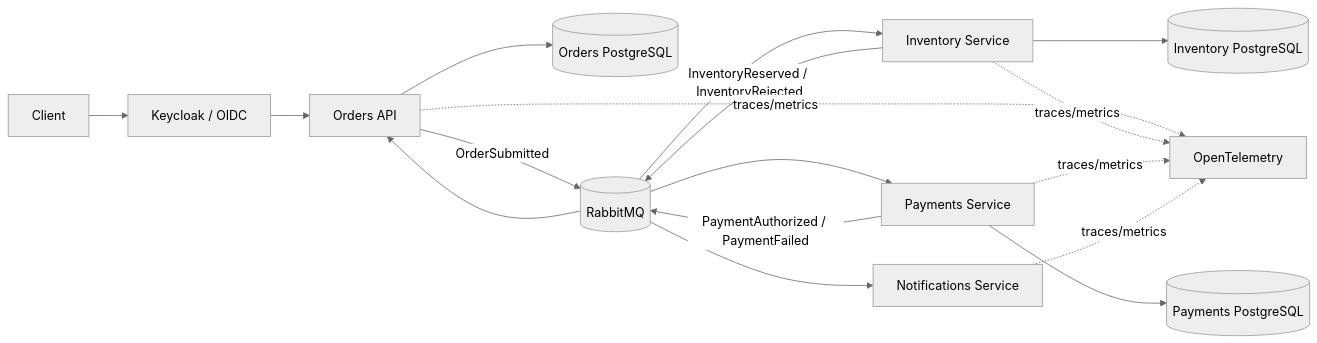
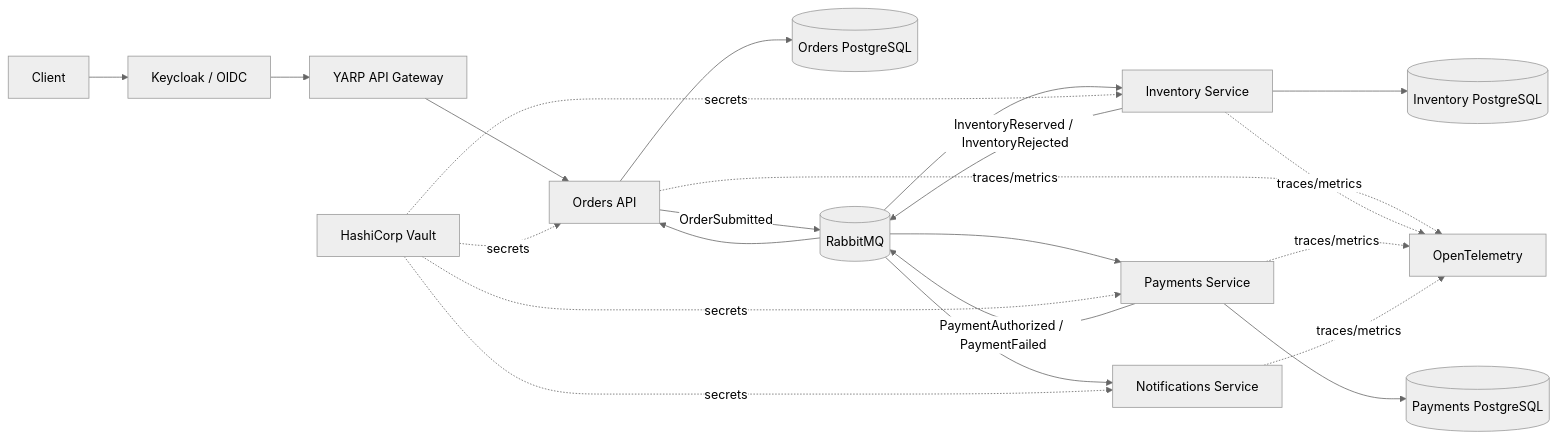
The diagram in README.en.md (WillianZanutoOliveira/api-dotnet), drawn with Mermaid (neutral theme) before and after one commit. The commit also changed other lines of this file, not shown here.

````diff
--- a/README.en.md
+++ b/README.en.md
@@ -65,24 +71,30 @@
 ```mermaid
 flowchart LR
     Client[Client] --> Keycloak[Keycloak / OIDC]
-    Keycloak --> Orders[Orders API]
+    Keycloak --> Gateway[YARP API Gateway]
+    Gateway --> Orders[Orders API]
 
     Orders --> ODB[(Orders PostgreSQL)]
     Orders -- OrderSubmitted --> Rabbit[(RabbitMQ)]
 
     Rabbit --> Inventory[Inventory Service]
     Inventory --> IDB[(Inventory PostgreSQL)]
     Inventory -- InventoryReserved / InventoryRejected --> Rabbit
 
     Rabbit --> Payments[Payments Service]
     Payments --> PDB[(Payments PostgreSQL)]
     Payments -- PaymentAuthorized / PaymentFailed --> Rabbit
 
     Rabbit --> Orders
     Rabbit --> Notifications[Notifications Service]
 
+    Vault[HashiCorp Vault] -. secrets .-> Orders
+    Vault -. secrets .-> Inventory
+    Vault -. secrets .-> Payments
+    Vault -. secrets .-> Notifications
+
     Orders -. traces/metrics .-> OTel[OpenTelemetry]
     Inventory -. traces/metrics .-> OTel
     Payments -. traces/metrics .-> OTel
     Notifications -. traces/metrics .-> OTel
 ```
````
